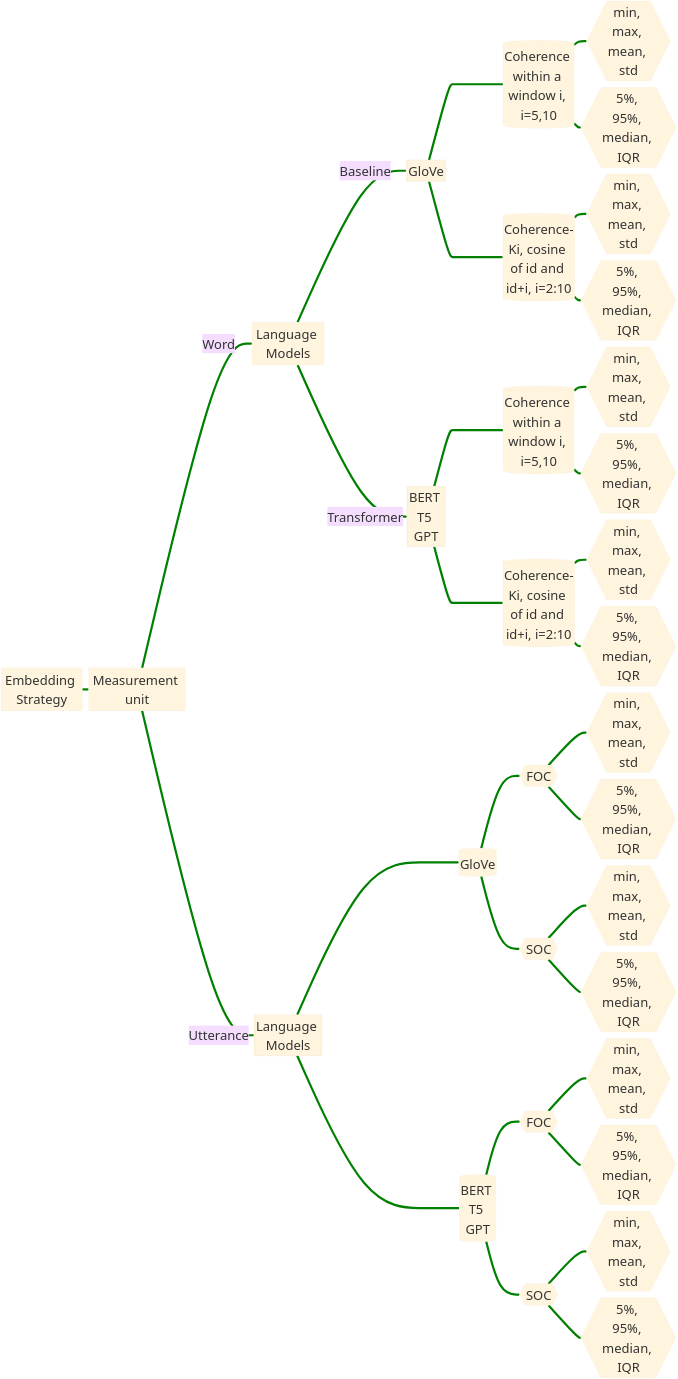
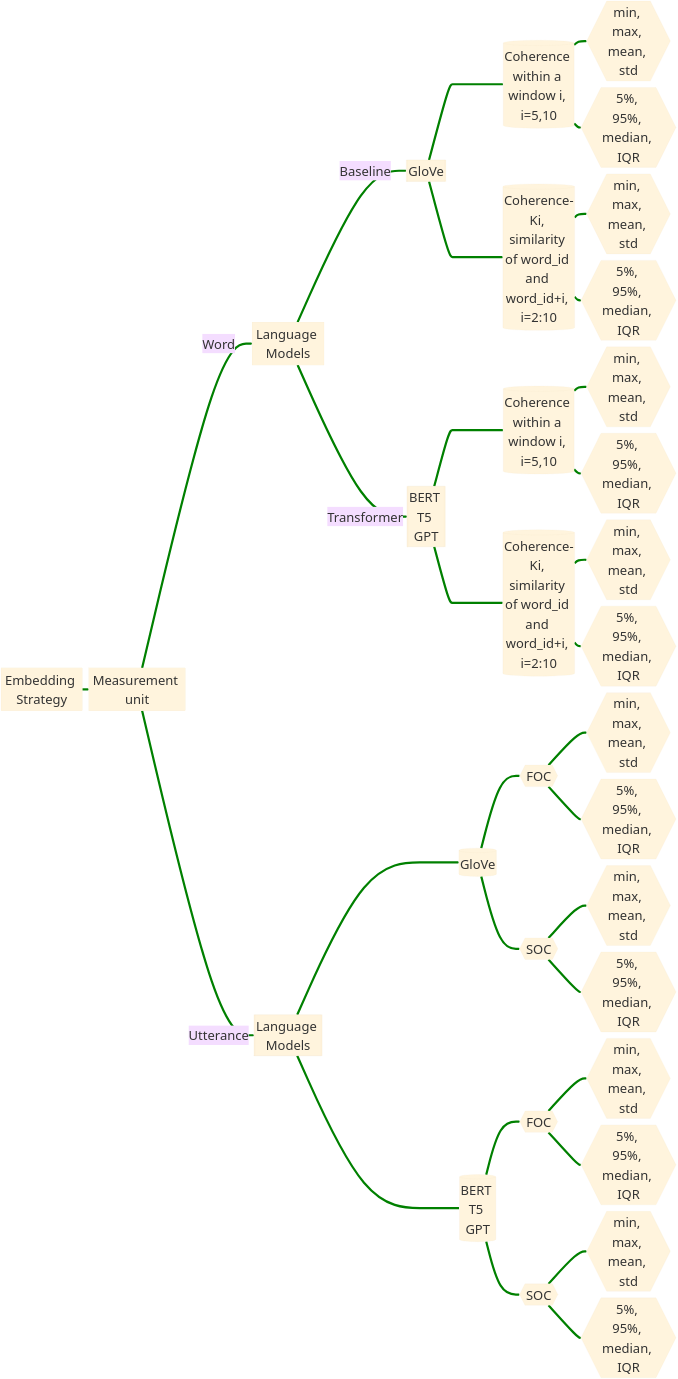
The first of 2 diagrams in README.md (yancong222/SSD-LM-STanglab), drawn with Mermaid before and after one commit.

````diff
--- a/README.md
+++ b/README.md
@@ -5,66 +5,66 @@
 ```mermaid
 %%{init: {'theme': 'base', 'themeVariables': { 'fontSize': '100px'}}}%%
 flowchart LR
     A[Embedding Strategy] ==> B[Measurement unit]
     B == Word ==> C[Language Models]
     C == Baseline ==> D[[GloVe]] ====> G[(Coherence within a window i, i=5,10)]
     G ==> J{{min, max, mean, std}}
     G ==> K{{5%, 95%, median, IQR}}
-    D ====> P[(Coherence-Ki, cosine of id and id+i, i=2:10)]
+    D ====> P[(Coherence-Ki, similarity of word_id and word_id+i, i=2:10)]
     P ==> Q{{min, max, mean, std}}
     P ==> R{{5%, 95%, median, IQR}}
     C == Transformer ==> E[[BERT T5 GPT]] ====> H[(Coherence within a window i, i=5,10)]
     H ==> L{{min, max, mean, std}}
     H ==> M{{5%, 95%, median, IQR}}
-    E ====> S[(Coherence-Ki, cosine of id and id+i, i=2:10)]
+    E ====> S[(Coherence-Ki, similarity of word_id and word_id+i, i=2:10)]
     S ==> T{{min, max, mean, std}}
     S ==> U{{5%, 95%, median, IQR}}
     B == Utterance ==> F[[Language Models]] ====> I[(GloVe)]
     I ==> N{{FOC}}
     I ==> O{{SOC}}
     N ==> a{{min, max, mean, std}}
     N ==> b{{5%, 95%, median, IQR}}
     O ==> c{{min, max, mean, std}}
     O ==> d{{5%, 95%, median, IQR}}
     F ====> V[(BERT T5 GPT)]
     V ==> W{{FOC}}
     V ==> X{{SOC}}
     W ==> e{{min, max, mean, std}}
     W ==> f{{5%, 95%, median, IQR}}
     X ==> g{{min, max, mean, std}}
     X ==> h{{5%, 95%, median, IQR}}
     
     
     linkStyle 0 stroke-width:17px,fill:none,stroke:green;
     linkStyle 1 stroke-width:17px,fill:none,stroke:green;
     linkStyle 2 stroke-width:17px,fill:none,stroke:green;
     linkStyle 3 stroke-width:17px,fill:none,stroke:green;
     linkStyle 4 stroke-width:17px,fill:none,stroke:green;
     linkStyle 5 stroke-width:17px,fill:none,stroke:green;
     linkStyle 6 stroke-width:17px,fill:none,stroke:green;
     linkStyle 7 stroke-width:17px,fill:none,stroke:green;
     linkStyle 8 stroke-width:17px,fill:none,stroke:green;
     linkStyle 9 stroke-width:17px,fill:none,stroke:green;
     linkStyle 10 stroke-width:17px,fill:none,stroke:green;
     linkStyle 11 stroke-width:17px,fill:none,stroke:green;
     linkStyle 12 stroke-width:17px,fill:none,stroke:green;
     linkStyle 13 stroke-width:17px,fill:none,stroke:green;
     linkStyle 14 stroke-width:17px,fill:none,stroke:green;
     linkStyle 15 stroke-width:17px,fill:none,stroke:green;
     linkStyle 16 stroke-width:17px,fill:none,stroke:green;
     linkStyle 17 stroke-width:17px,fill:none,stroke:green;
     linkStyle 18 stroke-width:17px,fill:none,stroke:green;
     linkStyle 19 stroke-width:17px,fill:none,stroke:green;
     linkStyle 20 stroke-width:17px,fill:none,stroke:green;
     linkStyle 21 stroke-width:17px,fill:none,stroke:green;
     linkStyle 22 stroke-width:17px,fill:none,stroke:green;
     linkStyle 23 stroke-width:17px,fill:none,stroke:green;
     linkStyle 24 stroke-width:17px,fill:none,stroke:green;
     linkStyle 25 stroke-width:17px,fill:none,stroke:green;
     linkStyle 26 stroke-width:17px,fill:none,stroke:green;
     linkStyle 27 stroke-width:17px,fill:none,stroke:green;
     linkStyle 28 stroke-width:17px,fill:none,stroke:green;
     linkStyle 29 stroke-width:17px,fill:none,stroke:green;
     linkStyle 30 stroke-width:17px,fill:none,stroke:green;
     
 ```
````
